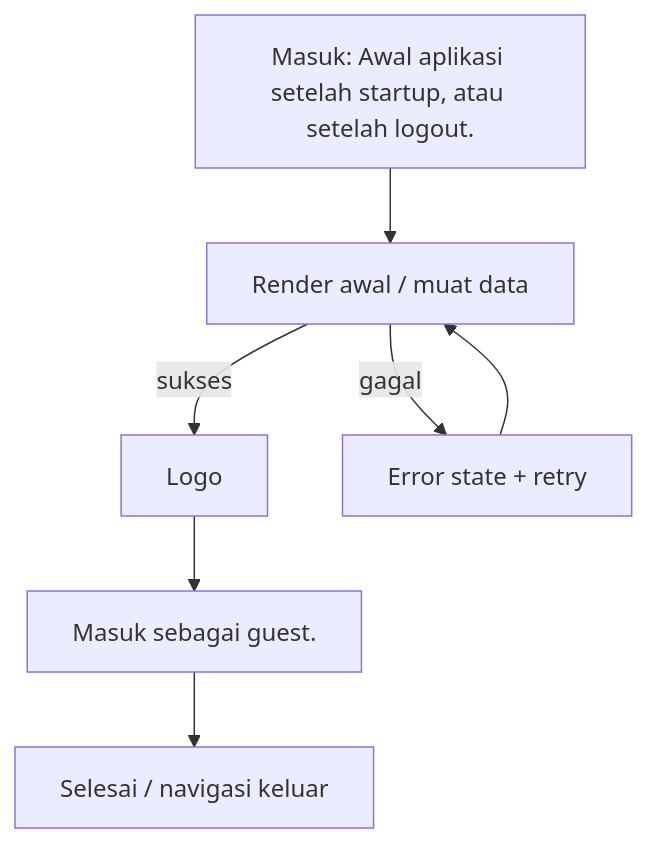
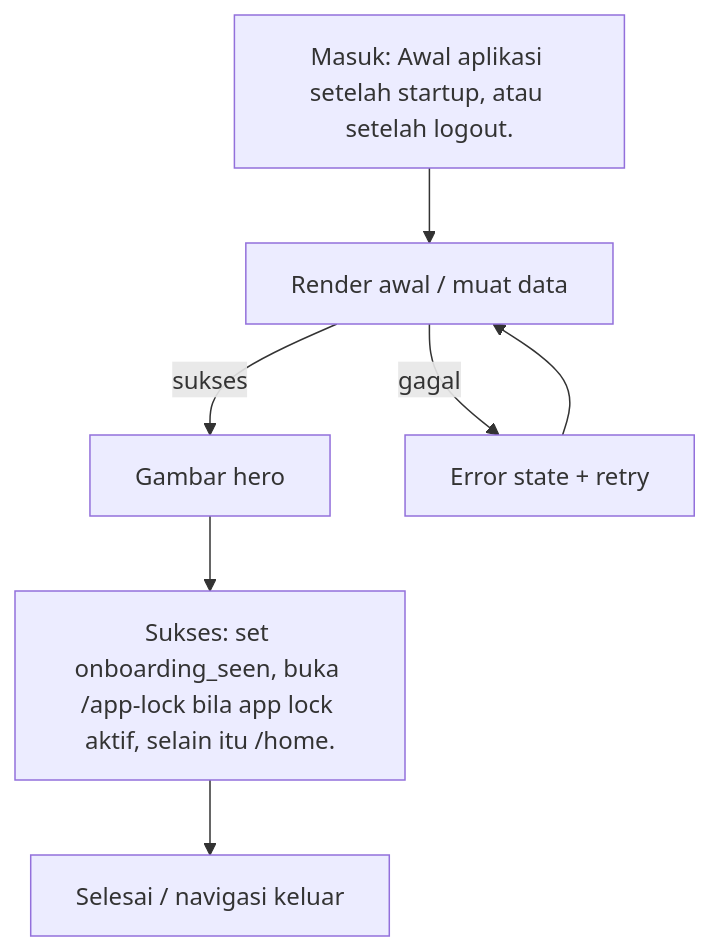
Before and after one commit to aanugerahahmadf/mobile_app: the diagram in .docs/screens/splash/landing.md, drawn with Mermaid. The commit also changed other lines of this file and 169 other files, not shown here.

First line of the commit message:
fix(android): remove hardcoded java home and update app/docs

````diff
--- a/.docs/screens/splash/landing.md
+++ b/.docs/screens/splash/landing.md
@@ -68,9 +72,9 @@
 ```mermaid
 flowchart TD
   A["Masuk: Awal aplikasi setelah startup, atau setelah logout."] --> B["Render awal / muat data"]
-  B -->|sukses| C["Logo"]
-  C --> D["Masuk sebagai guest."]
+  B -->|sukses| C["Gambar hero"]
+  C --> D["Sukses: set onboarding_seen, buka /app-lock bila app lock aktif, selain itu /home."]
   B -->|gagal| E["Error state + retry"]
   E --> B
   D --> F["Selesai / navigasi keluar"]
 ```
````
